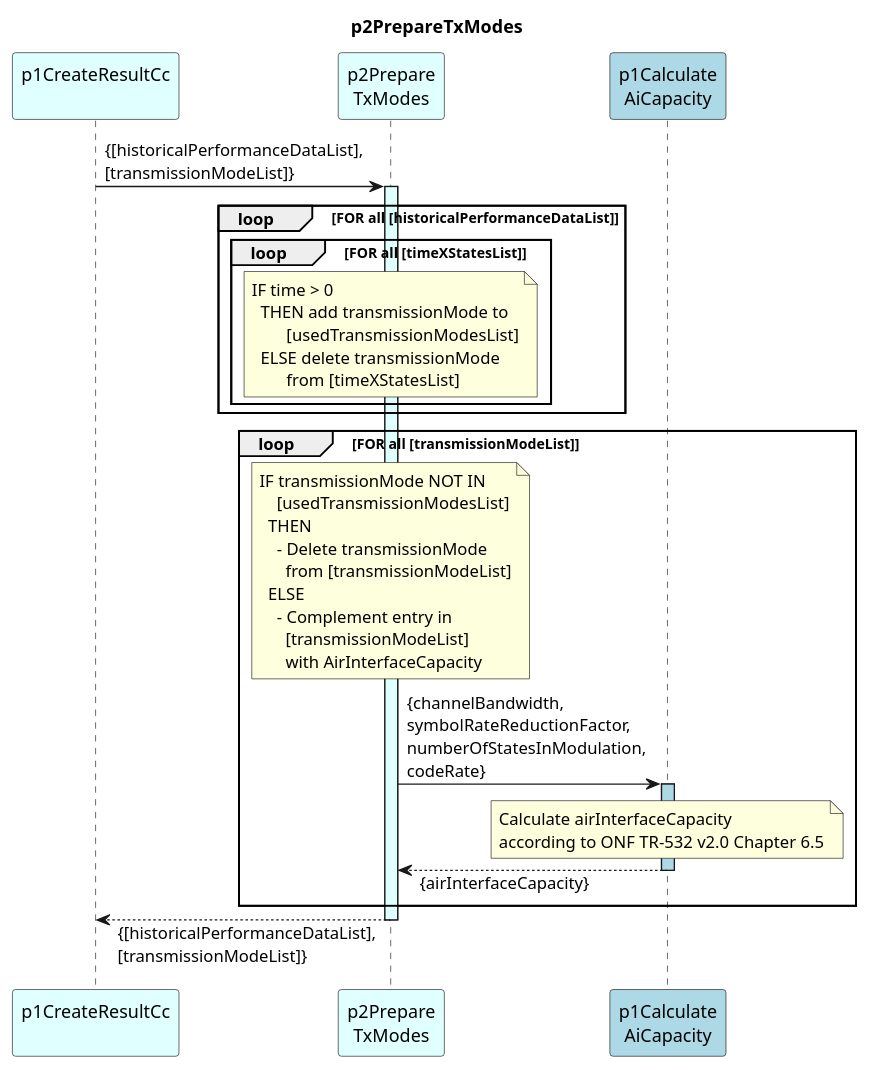
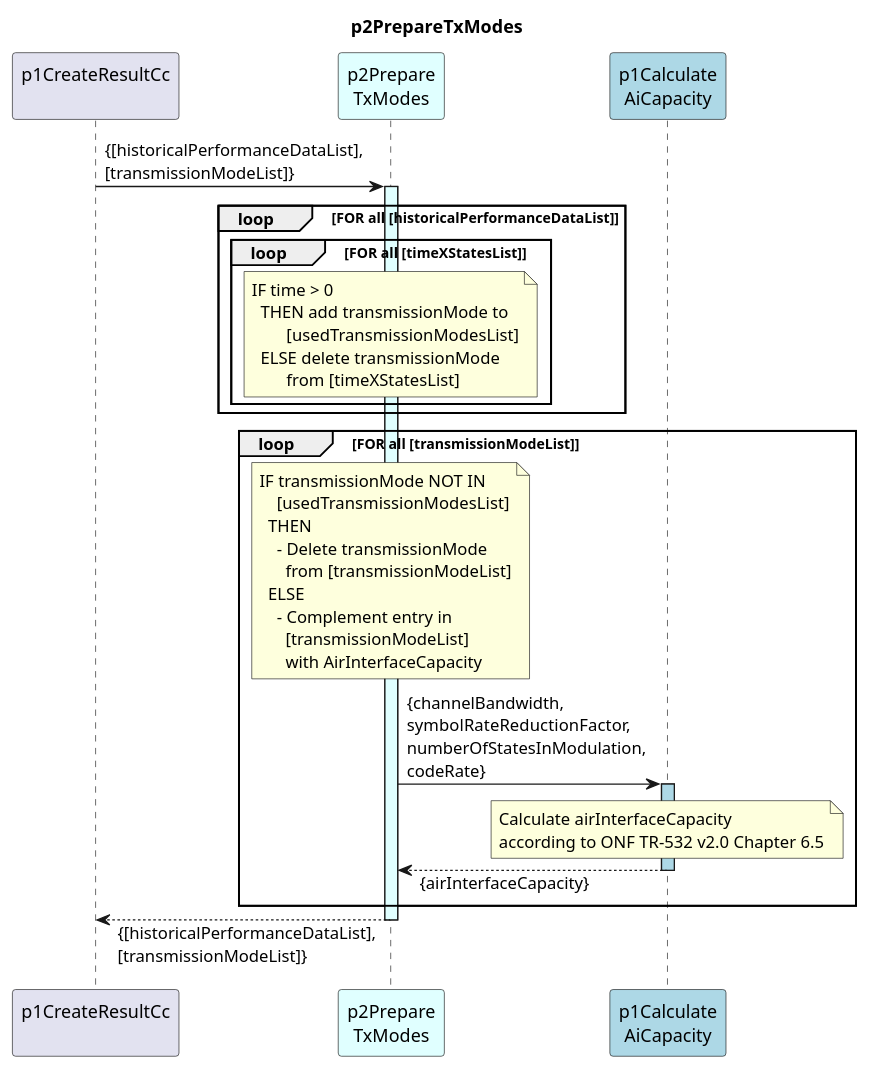
The diagram in spec/Functions/p1StreamPmData/p1ProcessDevice/p1CreateResultCc/p2PrepareTxModes/1.0.0/p2PrepareTxModes.plantuml (openBackhaul/DevicePerformanceManagementDataProcessor), drawn with PlantUML before and after one commit. The commit also changed 6 other files, not shown here.

```diff
--- a/spec/Functions/p1StreamPmData/p1ProcessDevice/p1CreateResultCc/p2PrepareTxModes/1.0.0/p2PrepareTxModes.plantuml
+++ b/spec/Functions/p1StreamPmData/p1ProcessDevice/p1CreateResultCc/p2PrepareTxModes/1.0.0/p2PrepareTxModes.plantuml
@@ -1,59 +1,59 @@
 @startuml p2PrepareTxModes
 skinparam responseMessageBelowArrow true
 
 title
   p2PrepareTxModes
 end title
 
-participant "p1CreateResultCc\n" as cur #LightCyan
+participant "p1CreateResultCc\n" as cur
 
 participant "p2Prepare\nTxModes" as prepTxModes #LightCyan
 participant "p1Calculate\nAiCapacity" as aiCC #LightBlue
 
 
 cur -> prepTxModes : {[historicalPerformanceDataList],\n[transmissionModeList]}
 activate prepTxModes #LightCyan
 
   loop FOR all [historicalPerformanceDataList]
     loop FOR all [timeXStatesList]
       note over prepTxModes
         IF time > 0
           THEN add transmissionMode to
                 [usedTransmissionModesList]
           ELSE delete transmissionMode 
                 from [timeXStatesList]
       end note
     end loop
   end loop
 
   loop FOR all [transmissionModeList]
 
     note over prepTxModes
       IF transmissionMode NOT IN 
           [usedTransmissionModesList]
         THEN 
           - Delete transmissionMode
             from [transmissionModeList]
         ELSE
           - Complement entry in
             [transmissionModeList]
             with AirInterfaceCapacity
     end note
 
     prepTxModes -> aiCC : {channelBandwidth,\nsymbolRateReductionFactor,\nnumberOfStatesInModulation,\ncodeRate}
     activate aiCC #LightBlue
       note over aiCC
         Calculate airInterfaceCapacity
         according to ONF TR-532 v2.0 Chapter 6.5
       end note
     prepTxModes <-- aiCC: {airInterfaceCapacity}
     deactivate aiCC
 
   end loop
 
 cur <-- prepTxModes : {[historicalPerformanceDataList],\n[transmissionModeList]}
 deactivate prepTxModes
 
 deactivate cur
 
 @enduml
```
